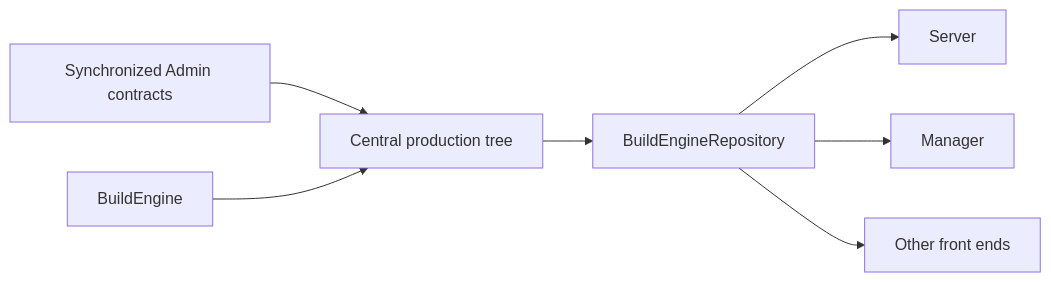
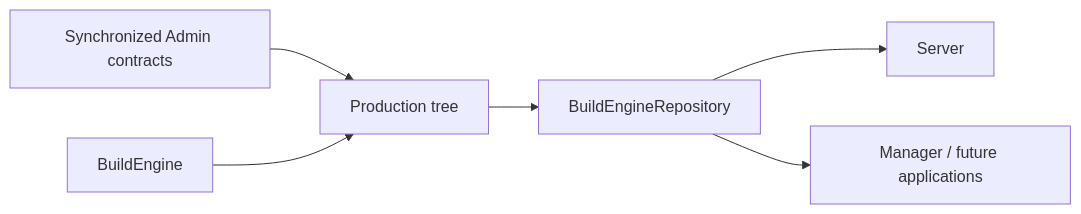
The second of 6 diagrams in admin/server-docs/server.md (adeccscholar/BuildEngine-Admin), drawn with Mermaid before and after one commit. The commit also changed other lines of this file, not shown here.

Commit message:
Document logical library catalog and extension-aware server views

````diff
--- a/admin/server-docs/server.md
+++ b/admin/server-docs/server.md
@@ -22,9 +49,8 @@
 ```mermaid
 flowchart LR
-   Contracts["Synchronized Admin contracts"] --> Production["Central production tree"]
-   Engine["BuildEngine"] --> Production
-   Production --> Repository["BuildEngineRepository"]
-   Repository --> Server["Server"]
-   Repository --> Manager["Manager"]
-   Repository --> Other["Other front ends"]
+    A[Synchronized Admin contracts] --> P[Production tree]
+    B[BuildEngine] --> P
+    P --> R[BuildEngineRepository]
+    R --> S[Server]
+    R --> M[Manager / future applications]
 ```
````
